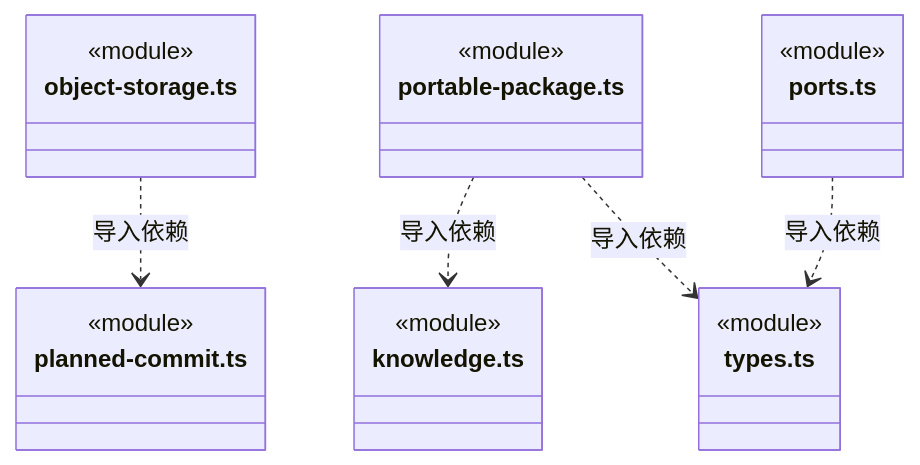
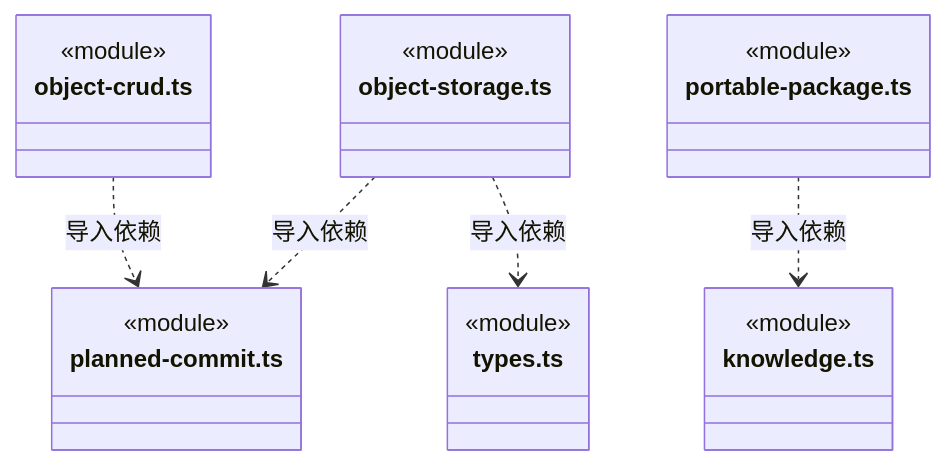
Diagram 29 of 31 in src/backend/core/knowledge/ARCHITECTURE.md (nan023062/cbim), drawn with Mermaid before and after one commit. The commit also changed other lines of this file and 36 other files, not shown here.

````diff
--- a/src/backend/core/knowledge/ARCHITECTURE.md
+++ b/src/backend/core/knowledge/ARCHITECTURE.md
@@ -639,25 +678,25 @@
 ```mermaid
 classDiagram
+class N_src_backend_core_knowledge_object_crud_ts["object-crud.ts"] {
+  <<module>>
+}
+class N_src_backend_core_knowledge_planned_commit_ts["planned-commit.ts"] {
+  <<module>>
+}
 class N_src_backend_core_knowledge_object_storage_ts["object-storage.ts"] {
   <<module>>
 }
-class N_src_backend_core_knowledge_planned_commit_ts["planned-commit.ts"] {
+class N_src_backend_core_knowledge_types_ts["types.ts"] {
   <<module>>
 }
 class N_src_backend_core_knowledge_portable_package_ts["portable-package.ts"] {
   <<module>>
 }
 class N_src_backend_core_knowledge_knowledge_ts["knowledge.ts"] {
   <<module>>
 }
-class N_src_backend_core_knowledge_types_ts["types.ts"] {
-  <<module>>
-}
-class N_src_backend_core_knowledge_ports_ts["ports.ts"] {
-  <<module>>
-}
+N_src_backend_core_knowledge_object_crud_ts ..> N_src_backend_core_knowledge_planned_commit_ts : 导入依赖
+N_src_backend_core_knowledge_object_storage_ts ..> N_src_backend_core_knowledge_types_ts : 导入依赖
 N_src_backend_core_knowledge_object_storage_ts ..> N_src_backend_core_knowledge_planned_commit_ts : 导入依赖
 N_src_backend_core_knowledge_portable_package_ts ..> N_src_backend_core_knowledge_knowledge_ts : 导入依赖
-N_src_backend_core_knowledge_portable_package_ts ..> N_src_backend_core_knowledge_types_ts : 导入依赖
-N_src_backend_core_knowledge_ports_ts ..> N_src_backend_core_knowledge_types_ts : 导入依赖
 ```
````
